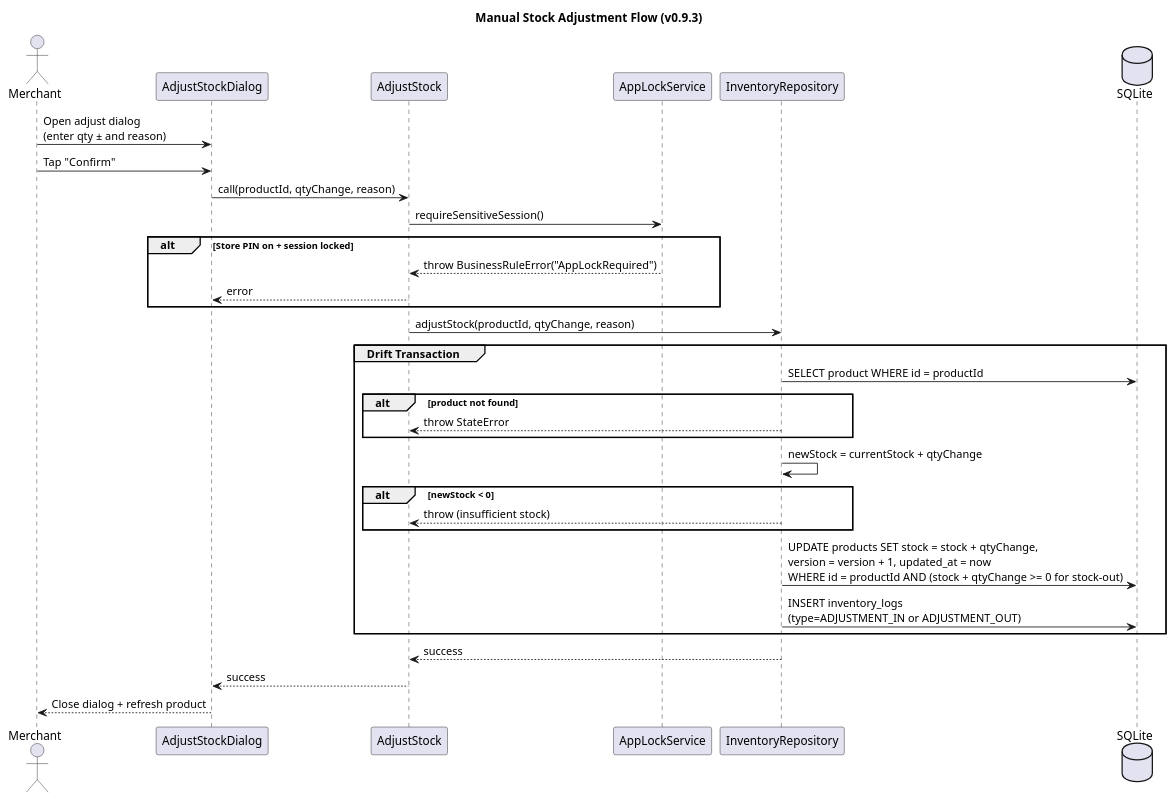
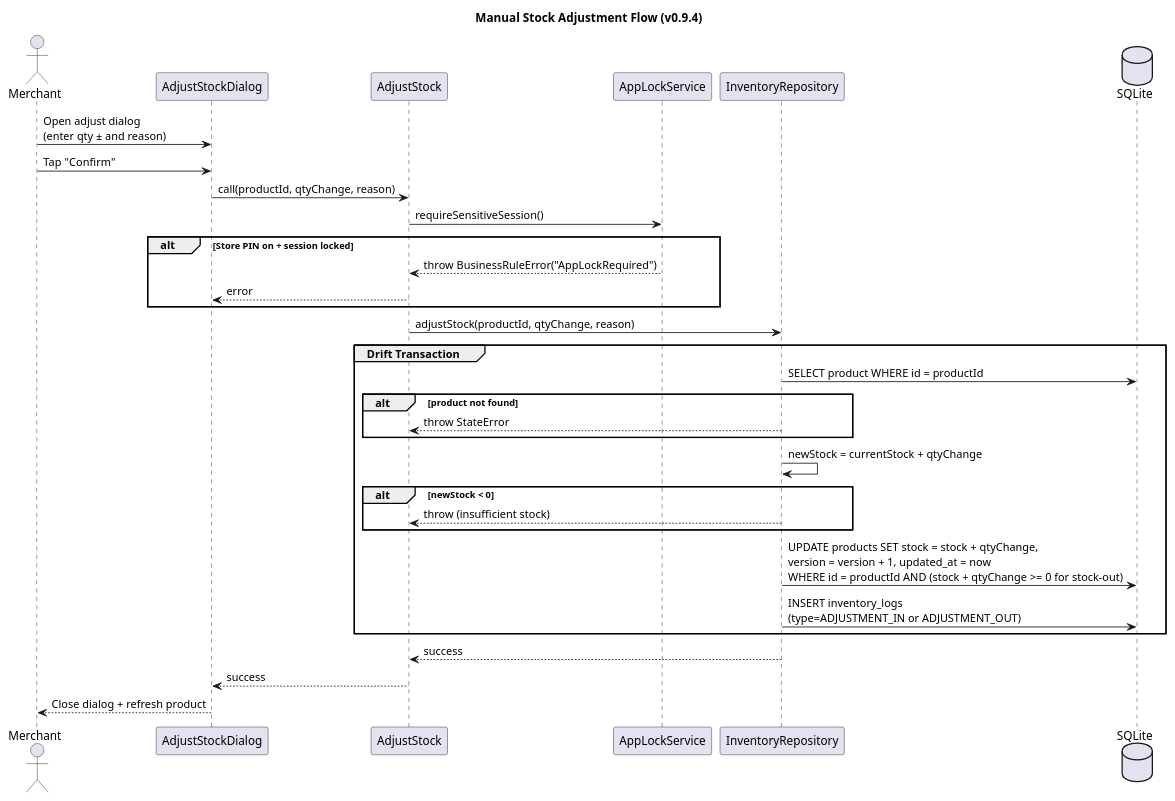
Before and after one commit to MN-Lizard-Team/promsell-pos-ce: the diagram in docs/architecture/puml/sequence-adjust-stock.puml, drawn with PlantUML. The commit also changed 70 other files, not shown here.

```diff
--- a/docs/architecture/puml/sequence-adjust-stock.puml
+++ b/docs/architecture/puml/sequence-adjust-stock.puml
@@ -1,42 +1,42 @@
 @startuml Sequence_AdjustStock
-title Manual Stock Adjustment Flow (v0.9.3)
+title Manual Stock Adjustment Flow (v0.9.4)
 
 actor Merchant
 participant "AdjustStockDialog" as UI
 participant "AdjustStock" as UC
 participant "AppLockService" as AppLock
 participant "InventoryRepository" as InvRepo
 database "SQLite" as DB
 
 Merchant -> UI: Open adjust dialog\n(enter qty ± and reason)
 Merchant -> UI: Tap "Confirm"
 
 UI -> UC: call(productId, qtyChange, reason)
 UC -> AppLock: requireSensitiveSession()
 alt Store PIN on + session locked
     AppLock --> UC: throw BusinessRuleError("AppLockRequired")
     UC --> UI: error
 end
 
 UC -> InvRepo: adjustStock(productId, qtyChange, reason)
 
 group Drift Transaction
     InvRepo -> DB: SELECT product WHERE id = productId
     alt product not found
         InvRepo --> UC: throw StateError
     end
 
     InvRepo -> InvRepo: newStock = currentStock + qtyChange
     alt newStock < 0
         InvRepo --> UC: throw (insufficient stock)
     end
 
     InvRepo -> DB: UPDATE products SET stock = stock + qtyChange,\nversion = version + 1, updated_at = now\nWHERE id = productId AND (stock + qtyChange >= 0 for stock-out)
     InvRepo -> DB: INSERT inventory_logs\n(type=ADJUSTMENT_IN or ADJUSTMENT_OUT)
 end
 
 InvRepo --> UC: success
 UC --> UI: success
 UI --> Merchant: Close dialog + refresh product
 
 @enduml
```
